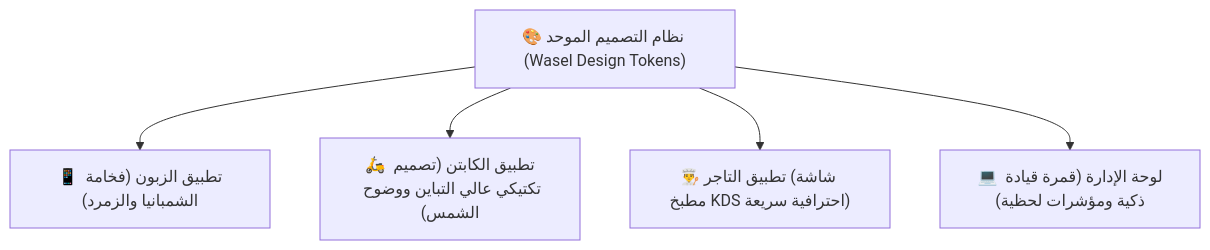
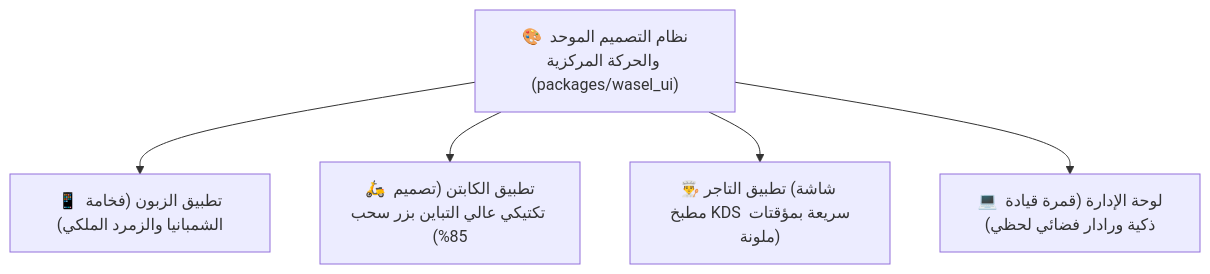
One commit to khalifakatos-pc/wasel-nalut changed the diagram in specs/005-unified-app-redesign/spec.md. Above: the diagram before and after it, drawn with Mermaid. The commit also changed other lines of this file and 40 other files, not shown here.

````diff
--- a/specs/005-unified-app-redesign/spec.md
+++ b/specs/005-unified-app-redesign/spec.md
@@ -14,7 +15,8 @@
 ```mermaid
 flowchart TD
-    DS["🎨 نظام التصميم الموحد (Wasel Design Tokens)"] --> Customer["📱 تطبيق الزبون (فخامة الشمبانيا والزمرد)"]
-    DS --> Driver["🛵 تطبيق الكابتن (تصميم تكتيكي عالي التباين ووضوح الشمس)"]
-    DS --> Merchant["👨‍🍳 تطبيق التاجر (شاشة مطبخ KDS احترافية سريعة)"]
-    DS --> Admin["💻 لوحة الإدارة (قمرة قيادة ذكية ومؤشرات لحظية)"]
+    DS["🎨 نظام التصميم الموحد والحركة المركزية (packages/wasel_ui)"]
+    DS --> Customer["📱 تطبيق الزبون (فخامة الشمبانيا والزمرد الملكي)"]
+    DS --> Driver["🛵 تطبيق الكابتن (تصميم تكتيكي عالي التباين بزر سحب 85%)"]
+    DS --> Merchant["👨‍🍳 تطبيق التاجر (شاشة مطبخ KDS سريعة بمؤقتات ملونة)"]
+    DS --> Admin["💻 لوحة الإدارة (قمرة قيادة ذكية ورادار فضائي لحظي)"]
 ```
````
